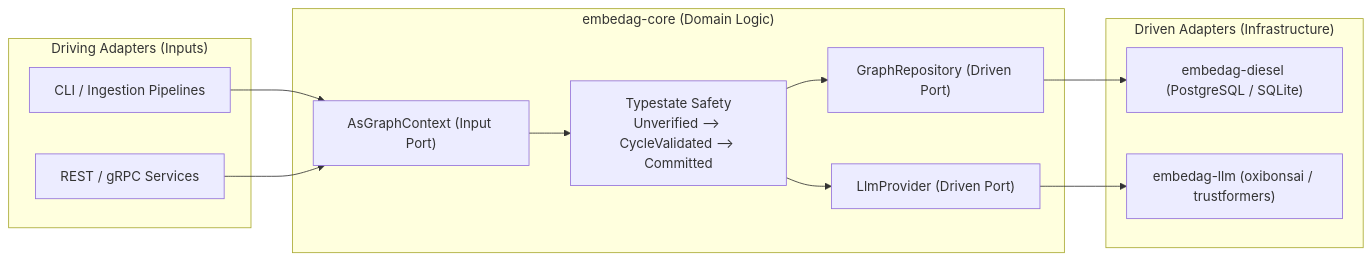
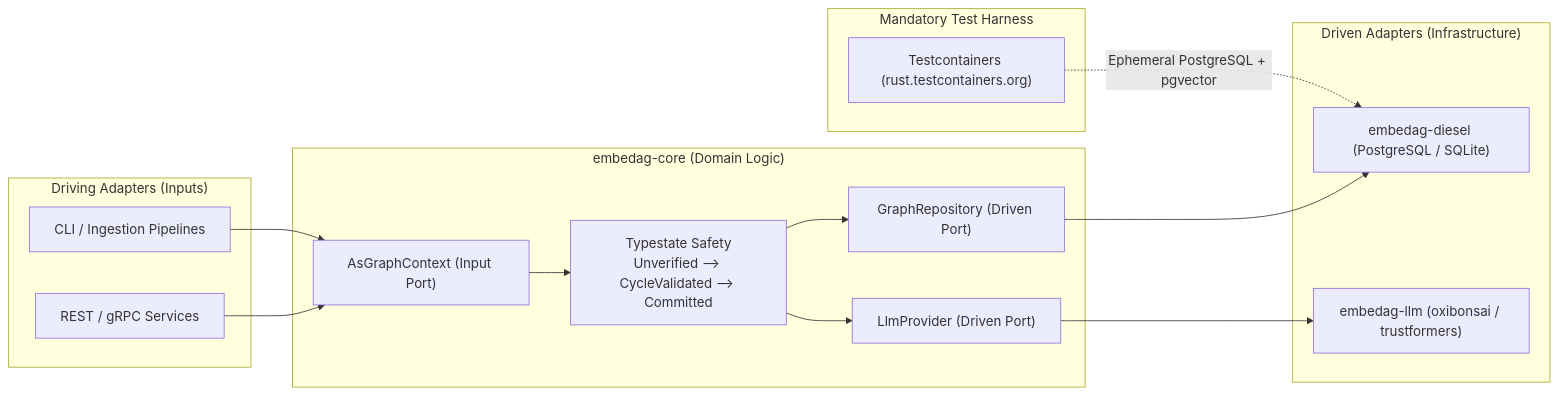
The diagram in doc/03_Architectural_Design_Patterns.md (yasuomaidana/embedag), drawn with Mermaid before and after one commit. The commit also changed other lines of this file and 9 other files, not shown here.

````diff
--- a/doc/03_Architectural_Design_Patterns.md
+++ b/doc/03_Architectural_Design_Patterns.md
@@ -21,25 +21,30 @@
 ```mermaid
 flowchart LR
     subgraph DrivingAdapters ["Driving Adapters (Inputs)"]
         CLI["CLI / Ingestion Pipelines"]
         REST["REST / gRPC Services"]
     end
 
     subgraph CorePort ["embedag-core (Domain Logic)"]
         AsContext["AsGraphContext (Input Port)"]
         RepoPort["GraphRepository (Driven Port)"]
         LlmPort["LlmProvider (Driven Port)"]
         Typestate["Typestate Safety<br/>Unverified --> CycleValidated --> Committed"]
     end
 
     subgraph DrivenAdapters ["Driven Adapters (Infrastructure)"]
         Diesel["embedag-diesel (PostgreSQL / SQLite)"]
         LLM["embedag-llm (oxibonsai / trustformers)"]
     end
 
+    subgraph TestHarness ["Mandatory Test Harness"]
+        TC["Testcontainers (rust.testcontainers.org)"]
+    end
+
     CLI & REST --> AsContext
     AsContext --> Typestate
     Typestate --> RepoPort & LlmPort
     RepoPort --> Diesel
     LlmPort --> LLM
+    TC -.->|Ephemeral PostgreSQL + pgvector| Diesel
 ```
````
